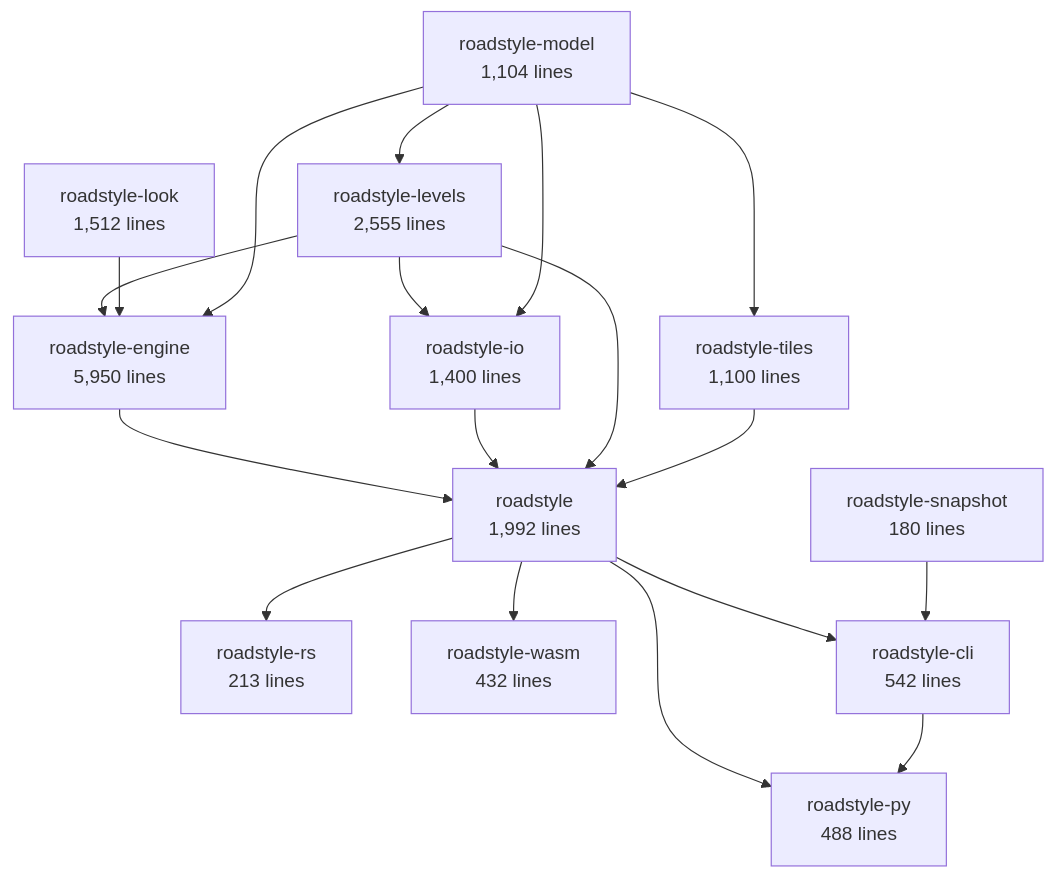
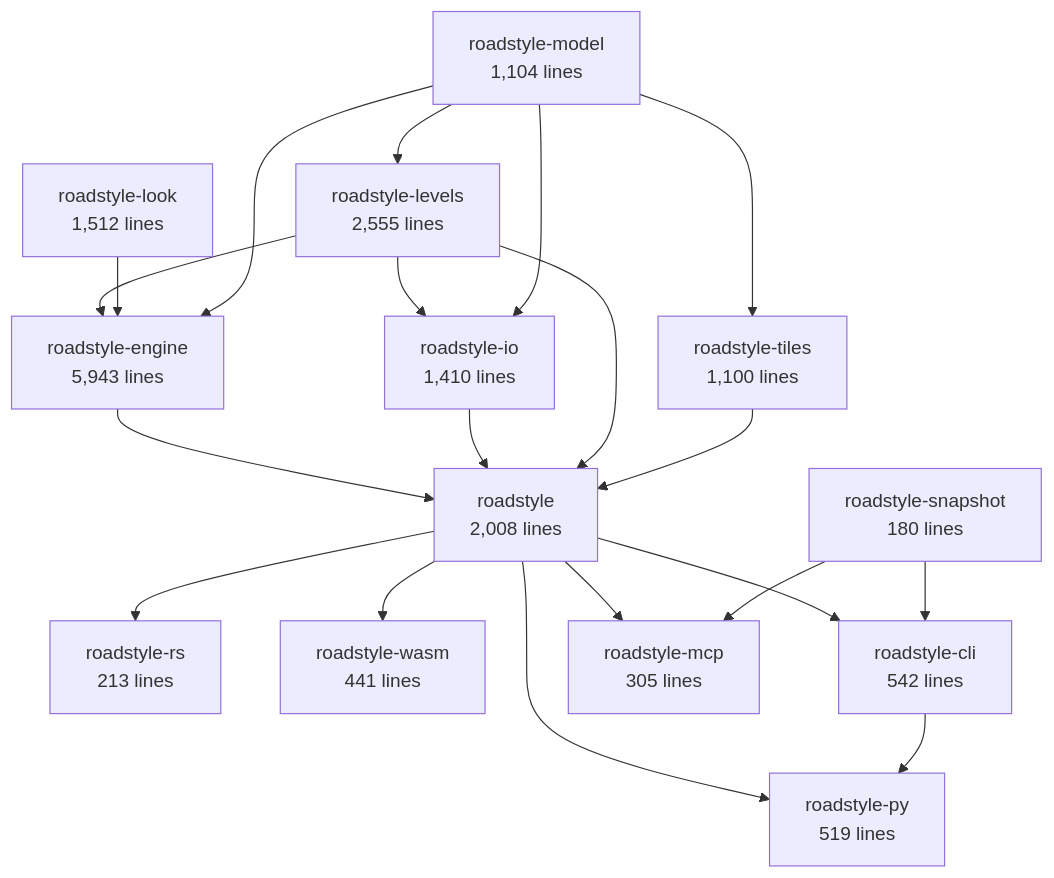
One commit to Khoshkhah/roadstyle changed the second of 6 diagrams in docs/rust/architecture.md. Above: the diagram before and after it, drawn with Mermaid. The commit also changed other lines of this file and 1 other file, not shown here.

First line of the commit message:
docs: gen_architecture reads a program crate's main.rs (roadstyle-mcp); the architecture page made again

````diff
--- a/docs/rust/architecture.md
+++ b/docs/rust/architecture.md
@@ -70,32 +70,35 @@
 ```mermaid
 flowchart TB
     roadstyle_model["roadstyle-model<br/>1,104 lines"]
     roadstyle_look["roadstyle-look<br/>1,512 lines"]
-    roadstyle_io["roadstyle-io<br/>1,400 lines"]
+    roadstyle_io["roadstyle-io<br/>1,410 lines"]
     roadstyle_levels["roadstyle-levels<br/>2,555 lines"]
-    roadstyle_engine["roadstyle-engine<br/>5,950 lines"]
+    roadstyle_engine["roadstyle-engine<br/>5,943 lines"]
     roadstyle_tiles["roadstyle-tiles<br/>1,100 lines"]
-    roadstyle["roadstyle<br/>1,992 lines"]
+    roadstyle["roadstyle<br/>2,008 lines"]
     roadstyle_rs["roadstyle-rs<br/>213 lines"]
-    roadstyle_wasm["roadstyle-wasm<br/>432 lines"]
-    roadstyle_py["roadstyle-py<br/>488 lines"]
+    roadstyle_wasm["roadstyle-wasm<br/>441 lines"]
+    roadstyle_py["roadstyle-py<br/>519 lines"]
     roadstyle_cli["roadstyle-cli<br/>542 lines"]
+    roadstyle_mcp["roadstyle-mcp<br/>305 lines"]
     roadstyle_snapshot["roadstyle-snapshot<br/>180 lines"]
     roadstyle_levels --> roadstyle_io
     roadstyle_model --> roadstyle_io
     roadstyle_model --> roadstyle_levels
     roadstyle_levels --> roadstyle_engine
     roadstyle_look --> roadstyle_engine
     roadstyle_model --> roadstyle_engine
     roadstyle_model --> roadstyle_tiles
     roadstyle_engine --> roadstyle
     roadstyle_io --> roadstyle
     roadstyle_levels --> roadstyle
     roadstyle_tiles --> roadstyle
     roadstyle --> roadstyle_rs
     roadstyle --> roadstyle_wasm
     roadstyle --> roadstyle_py
     roadstyle_cli --> roadstyle_py
     roadstyle --> roadstyle_cli
     roadstyle_snapshot --> roadstyle_cli
+    roadstyle --> roadstyle_mcp
+    roadstyle_snapshot --> roadstyle_mcp
 ```
````
